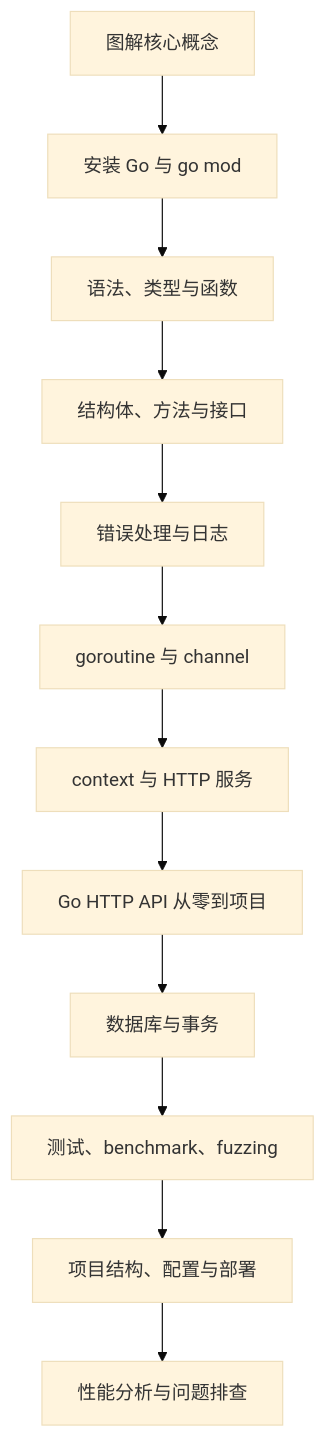
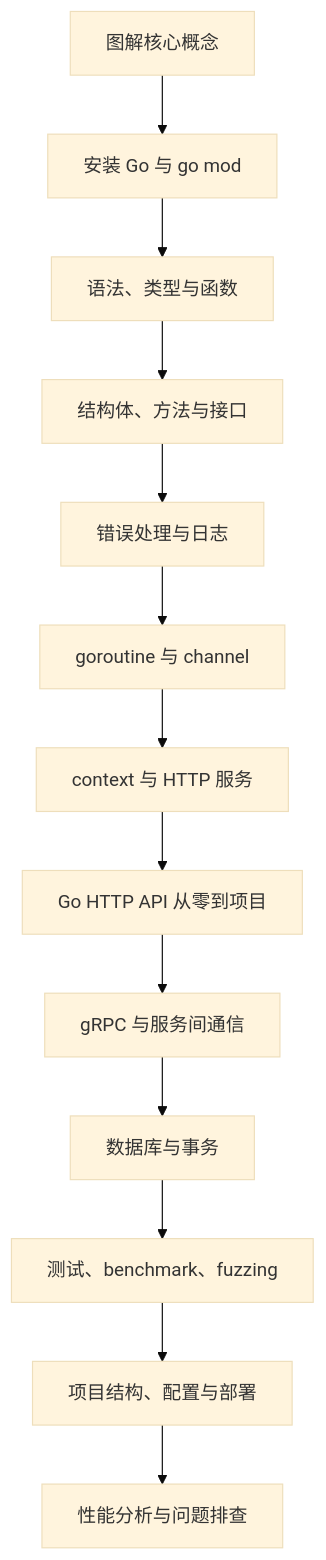
The first of 2 diagrams in docs/go/introduction.md (yokry-he/yok-study-web), drawn with Mermaid (base theme) before and after one commit. The commit also changed other lines of this file and 5 other files, not shown here.

````diff
--- a/docs/go/introduction.md
+++ b/docs/go/introduction.md
@@ -29,14 +29,15 @@
 ```mermaid
 flowchart TD
   A[图解核心概念] --> B[安装 Go 与 go mod]
   B --> C[语法、类型与函数]
   C --> D[结构体、方法与接口]
   D --> E[错误处理与日志]
   E --> F[goroutine 与 channel]
   F --> G[context 与 HTTP 服务]
   G --> H[Go HTTP API 从零到项目]
-  H --> I[数据库与事务]
-  I --> J[测试、benchmark、fuzzing]
-  J --> K[项目结构、配置与部署]
-  K --> L[性能分析与问题排查]
+  H --> I[gRPC 与服务间通信]
+  I --> J[数据库与事务]
+  J --> K[测试、benchmark、fuzzing]
+  K --> L[项目结构、配置与部署]
+  L --> M[性能分析与问题排查]
 ```
````
